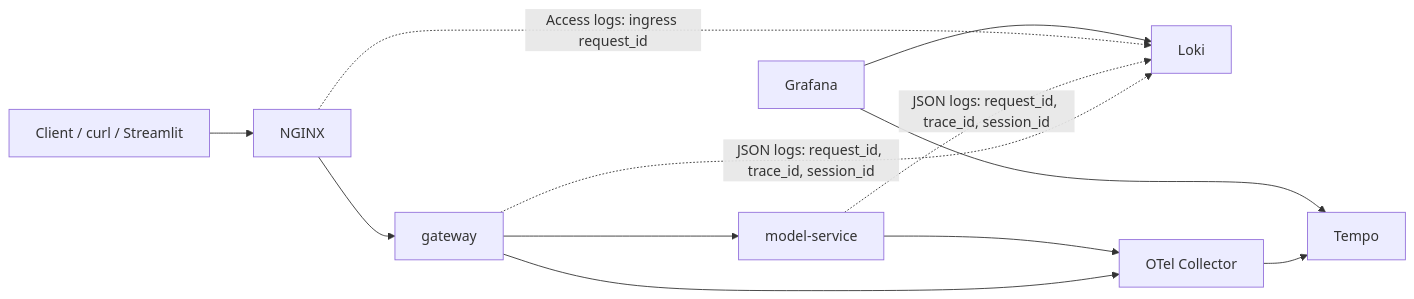
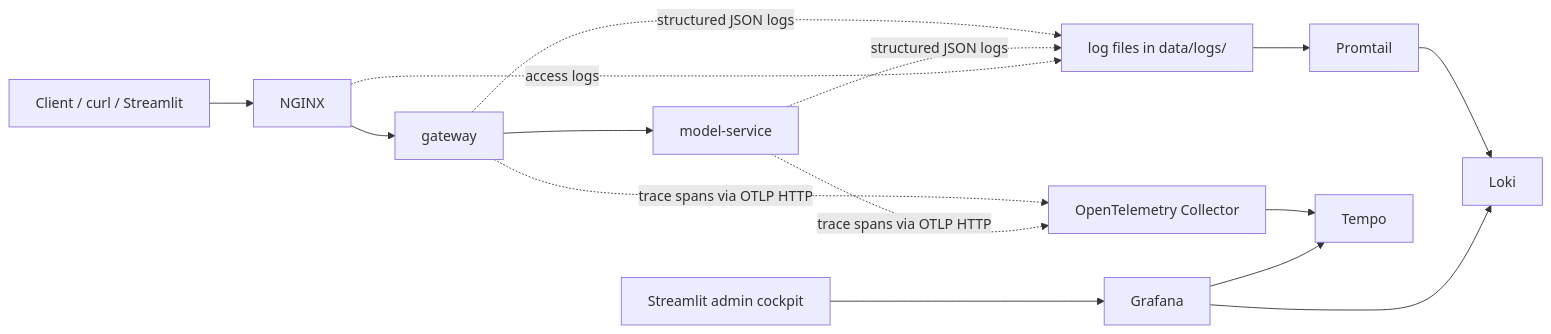
One commit to ssime-git/masterclass_monitoring_observability_mlops changed the diagram in docs/observability-otel.md. Above: the diagram before and after it, drawn with Mermaid. The commit also changed other lines of this file, not shown here.

First line of the commit message:
docs: expand observability guide with component cheat sheet and unified investigation flow

````diff
--- a/docs/observability-otel.md
+++ b/docs/observability-otel.md
@@ -15,17 +15,21 @@
 ```mermaid
 flowchart LR
     Client["Client / curl / Streamlit"] --> Nginx["NGINX"]
     Nginx --> Gateway["gateway"]
     Gateway --> Model["model-service"]
 
-    Gateway -. "JSON logs: request_id, trace_id, session_id" .-> Loki["Loki"]
-    Model -. "JSON logs: request_id, trace_id, session_id" .-> Loki
-    Nginx -. "Access logs: ingress request_id" .-> Loki
+    Gateway -. "structured JSON logs" .-> LogFiles["log files in data/logs/"]
+    Model -. "structured JSON logs" .-> LogFiles
+    Nginx -. "access logs" .-> LogFiles
 
-    Gateway --> OTel["OTel Collector"]
-    Model --> OTel
-    OTel --> Tempo["Tempo"]
+    LogFiles --> Promtail["Promtail"]
+    Promtail --> Loki["Loki"]
+
+    Gateway -. "trace spans via OTLP HTTP" .-> Collector["OpenTelemetry Collector"]
+    Model -. "trace spans via OTLP HTTP" .-> Collector
+    Collector --> Tempo["Tempo"]
 
     Grafana["Grafana"] --> Loki
     Grafana --> Tempo
+    Streamlit["Streamlit admin cockpit"] --> Grafana
 ```
````
